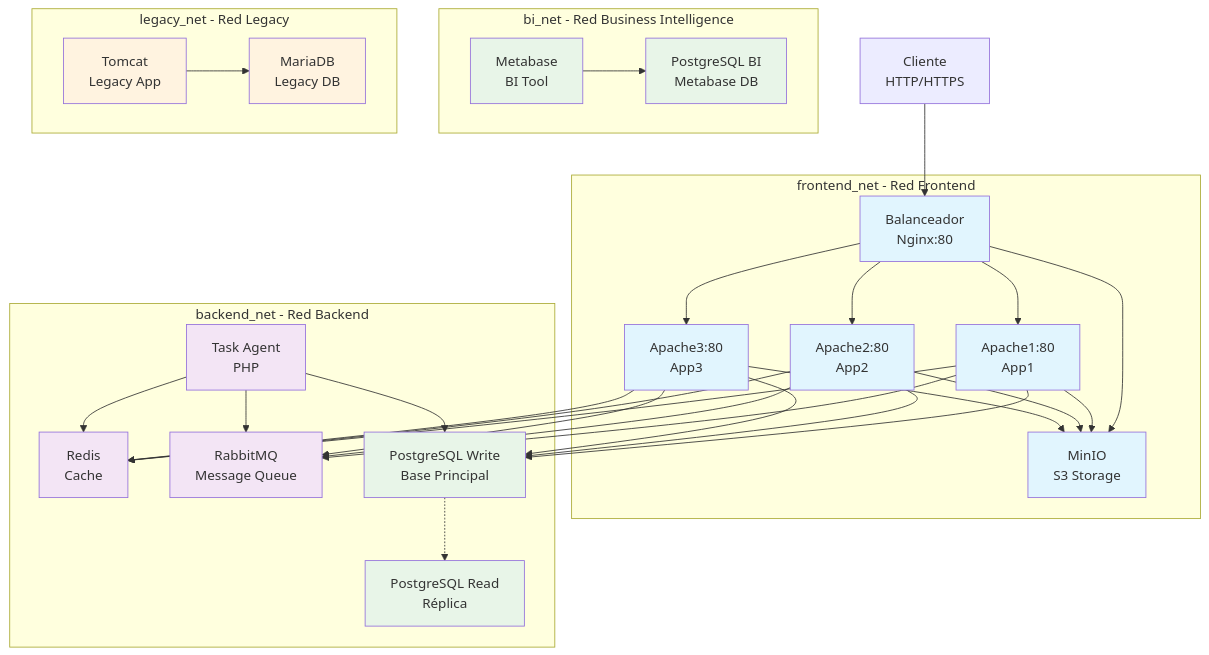
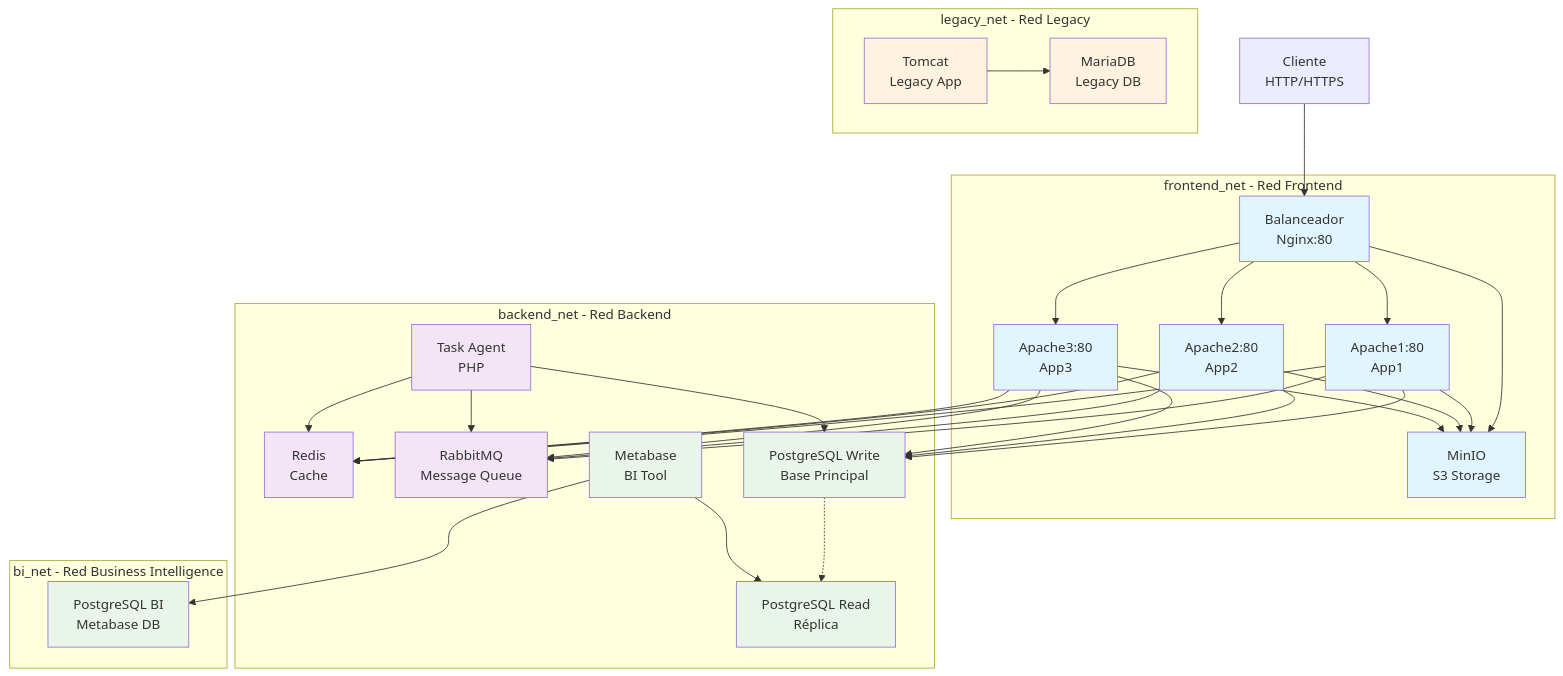
One commit to scryptocybershield/practica04 changed the diagram in ARCHITECTURE.md. Above: the diagram before and after it, drawn with Mermaid. The commit also changed other lines of this file and 1 other file, not shown here.

First line of the commit message:
Connect Metabase to application database for BI analytics

````diff
--- a/ARCHITECTURE.md
+++ b/ARCHITECTURE.md
@@ -5,54 +5,55 @@
 ```mermaid
 graph TB
     %% Cliente externo
     CLIENTE[Cliente<br/>HTTP/HTTPS] --> LB[Balanceador<br/>Nginx:80]
 
     %% Red frontend_net
     subgraph "frontend_net - Red Frontend"
         LB --> APACHE1[Apache1:80<br/>App1]
         LB --> APACHE2[Apache2:80<br/>App2]
         LB --> APACHE3[Apache3:80<br/>App3]
         LB --> MINIO[MinIO<br/>S3 Storage]
         APACHE1 --> MINIO
         APACHE2 --> MINIO
         APACHE3 --> MINIO
     end
 
     %% Red backend_net
     subgraph "backend_net - Red Backend"
         APACHE1 --> REDIS[Redis<br/>Cache]
         APACHE2 --> REDIS
         APACHE3 --> REDIS
         APACHE1 --> RABBIT[RabbitMQ<br/>Message Queue]
         APACHE2 --> RABBIT
         APACHE3 --> RABBIT
         AGENT[Task Agent<br/>PHP] --> RABBIT
         AGENT --> REDIS
         APACHE1 --> PG_WRITE[PostgreSQL Write<br/>Base Principal]
         APACHE2 --> PG_WRITE
         APACHE3 --> PG_WRITE
         AGENT --> PG_WRITE
         PG_WRITE -.-> PG_READ[PostgreSQL Read<br/>Réplica]
+        METABASE[Metabase<br/>BI Tool] --> PG_READ
     end
 
     %% Red bi_net
     subgraph "bi_net - Red Business Intelligence"
-        METABASE[Metabase<br/>BI Tool] --> PG_BI[PostgreSQL BI<br/>Metabase DB]
+        METABASE --> PG_BI[PostgreSQL BI<br/>Metabase DB]
     end
 
     %% Red legacy_net
     subgraph "legacy_net - Red Legacy"
         TOMCAT[Tomcat<br/>Legacy App] --> MARIADB[MariaDB<br/>Legacy DB]
     end
 
     %% Estilos
     classDef web fill:#e1f5fe
     classDef app fill:#f3e5f5
     classDef db fill:#e8f5e8
     classDef legacy fill:#fff3e0
 
     class LB,APACHE1,APACHE2,APACHE3,MINIO web
     class REDIS,RABBIT,AGENT app
     class PG_WRITE,PG_READ,PG_BI,METABASE db
     class TOMCAT,MARIADB legacy
 ```
````
